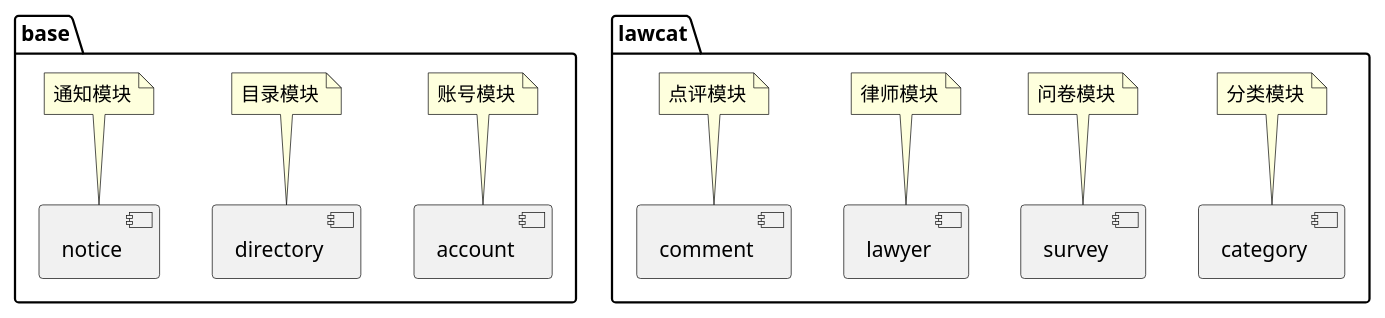
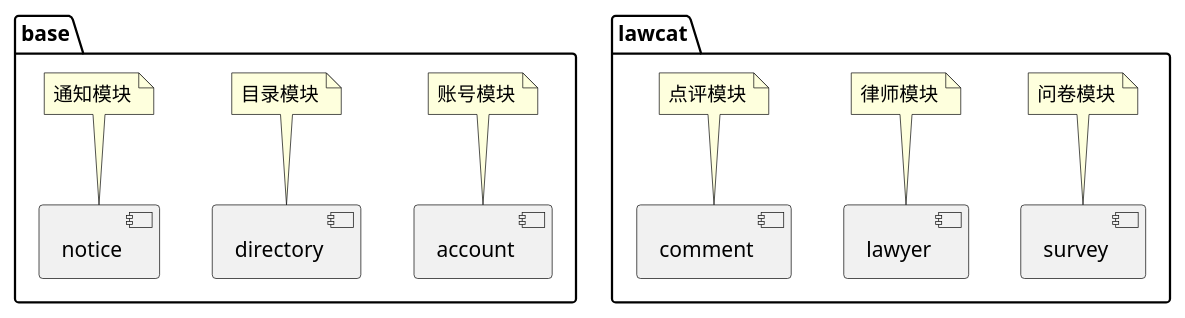
One commit to cryS4tal/degign changed the diagram in component.puml.md. Above: the diagram before and after it, drawn with PlantUML. The commit also changed 15 other files, not shown here.

````diff
--- a/component.puml.md
+++ b/component.puml.md
@@ -1,34 +1,31 @@
 ```plantuml
 @startuml
 
 package base {
 
 [account]
 note top: 账号模块
 
 [directory]
 note top: 目录模块
 
 [notice]
 note top: 通知模块
 
 }
 
 package lawcat {
 
-[category]
-note top: 分类模块
-
 [survey]
 note top: 问卷模块
 
 [lawyer]
 note top: 律师模块
 
 [comment]
 note top: 点评模块
 
 }
 
 @enduml
 ```
````
